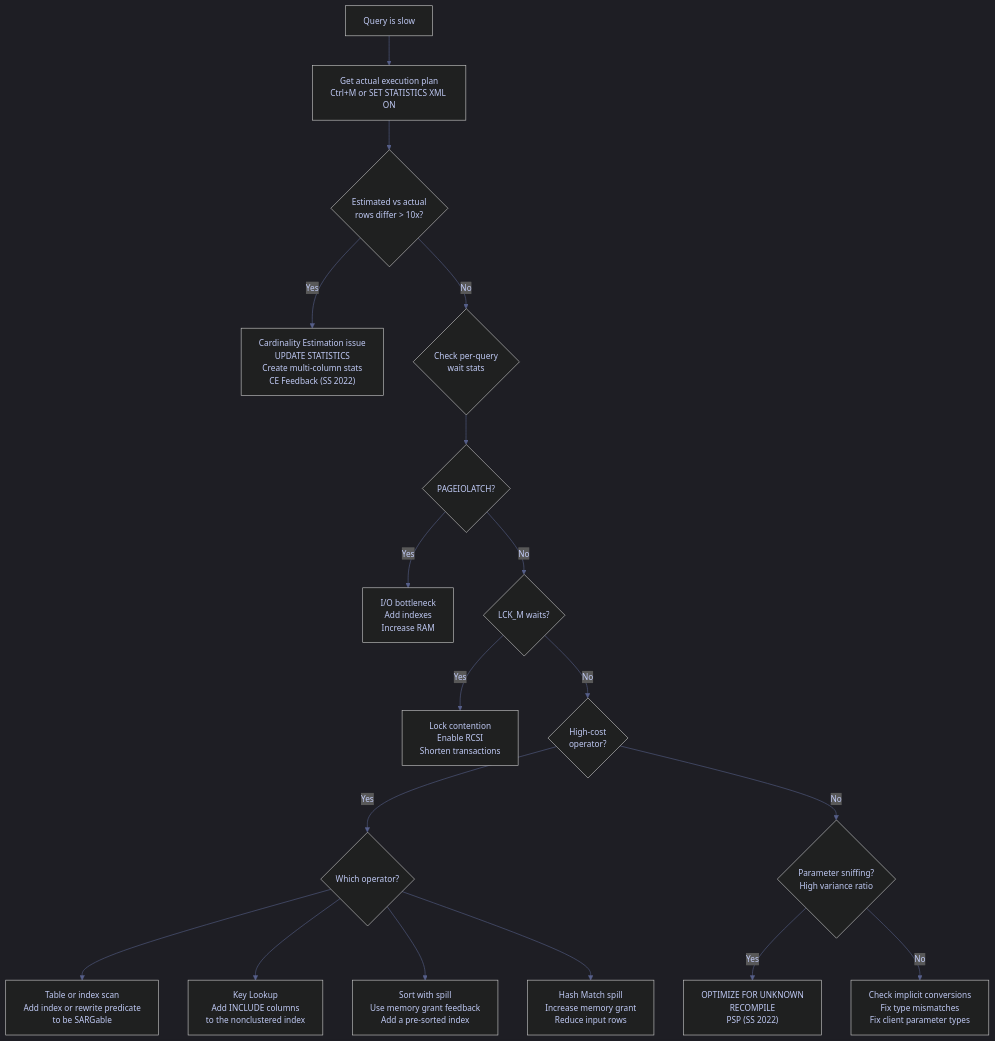
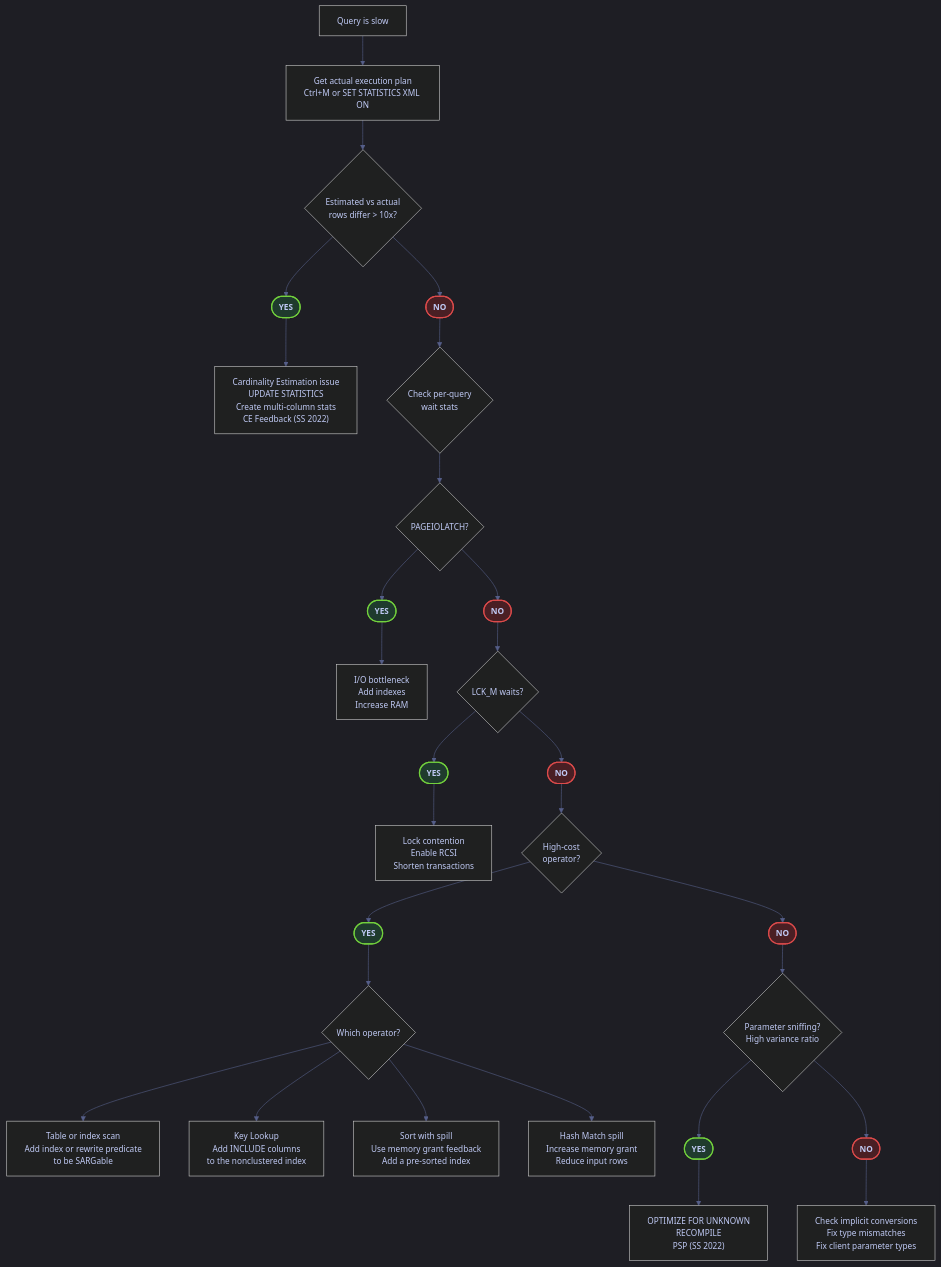
Before and after one commit to alp78/elysium: the first of 5 diagrams in content/04-SQL-Server/Performance/execution-plans.md, drawn with Mermaid. The commit also changed other lines of this file and 64 other files, not shown here.

````diff
--- a/content/04-SQL-Server/Performance/execution-plans.md
+++ b/content/04-SQL-Server/Performance/execution-plans.md
@@ -34,32 +34,47 @@
 ```mermaid
 %%{init: {'theme': 'dark', 'themeVariables': {
   'primaryColor': '#292e42',
   'primaryTextColor': '#c0caf5',
   'primaryBorderColor': '#565f89',
   'lineColor': '#565f89',
   'secondaryColor': '#1a1b26',
   'tertiaryColor': '#24283b',
   'noteTextColor': '#c0caf5',
   'noteBkgColor': '#292e42',
   'textColor': '#c0caf5',
   'fontSize': '14px'
 }}}%%
 flowchart TD
     A["Query is slow"] --> B["Get actual execution plan<br/>Ctrl+M or SET STATISTICS XML ON"]
     B --> C{"Estimated vs actual<br/>rows differ > 10x?"}
-    C -->|Yes| D["Cardinality Estimation issue<br/>UPDATE STATISTICS<br/>Create multi-column stats<br/>CE Feedback (SS 2022)"]
-    C -->|No| E{"Check per-query<br/>wait stats"}
+    C --> Y1([YES])
+    Y1 --> D["Cardinality Estimation issue<br/>UPDATE STATISTICS<br/>Create multi-column stats<br/>CE Feedback (SS 2022)"]
+    C --> N1([NO])
+    N1 --> E{"Check per-query<br/>wait stats"}
     E --> F{"PAGEIOLATCH?"}
-    F -->|Yes| G["I/O bottleneck<br/>Add indexes<br/>Increase RAM"]
-    F -->|No| H{"LCK_M waits?"}
-    H -->|Yes| I["Lock contention<br/>Enable RCSI<br/>Shorten transactions"]
-    H -->|No| J{"High-cost<br/>operator?"}
-    J -->|Yes| K{"Which operator?"}
+    F --> Y2([YES])
+    Y2 --> G["I/O bottleneck<br/>Add indexes<br/>Increase RAM"]
+    F --> N2([NO])
+    N2 --> H{"LCK_M waits?"}
+    H --> Y3([YES])
+    Y3 --> I["Lock contention<br/>Enable RCSI<br/>Shorten transactions"]
+    H --> N3([NO])
+    N3 --> J{"High-cost<br/>operator?"}
+    J --> Y4([YES])
+    Y4 --> K{"Which operator?"}
     K --> L["Table or index scan<br/>Add index or rewrite predicate<br/>to be SARGable"]
     K --> M["Key Lookup<br/>Add INCLUDE columns<br/>to the nonclustered index"]
     K --> N["Sort with spill<br/>Use memory grant feedback<br/>Add a pre-sorted index"]
     K --> O["Hash Match spill<br/>Increase memory grant<br/>Reduce input rows"]
-    J -->|No| P{"Parameter sniffing?<br/>High variance ratio"}
-    P -->|Yes| Q["OPTIMIZE FOR UNKNOWN<br/>RECOMPILE<br/>PSP (SS 2022)"]
-    P -->|No| R["Check implicit conversions<br/>Fix type mismatches<br/>Fix client parameter types"]
+    J --> N4([NO])
+    N4 --> P{"Parameter sniffing?<br/>High variance ratio"}
+    P --> Y5([YES])
+    Y5 --> Q["OPTIMIZE FOR UNKNOWN<br/>RECOMPILE<br/>PSP (SS 2022)"]
+    P --> N5([NO])
+    N5 --> R["Check implicit conversions<br/>Fix type mismatches<br/>Fix client parameter types"]
+
+    classDef yesNode fill:#1f3b2d,stroke:#73d13d,stroke-width:2px,color:#c0caf5,font-weight:bold;
+    classDef noNode fill:#4a1f24,stroke:#db4b4b,stroke-width:2px,color:#c0caf5,font-weight:bold;
+    class Y1,Y2,Y3,Y4,Y5 yesNode;
+    class N1,N2,N3,N4,N5 noNode;
 ```
````
